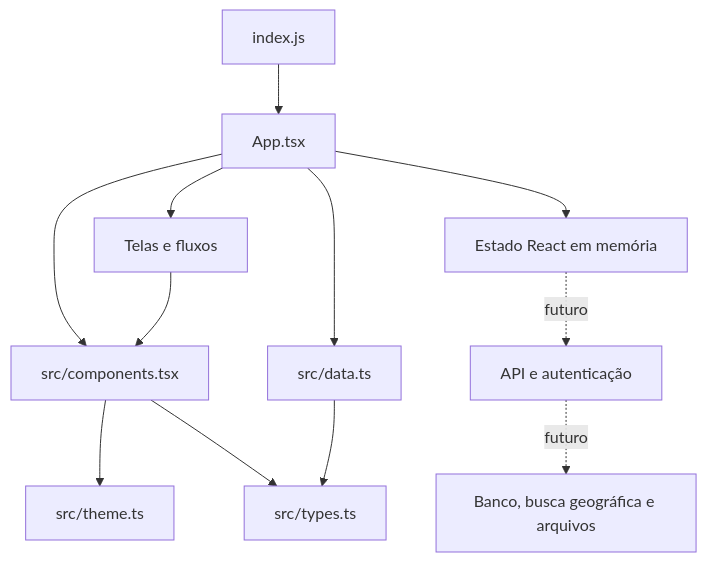
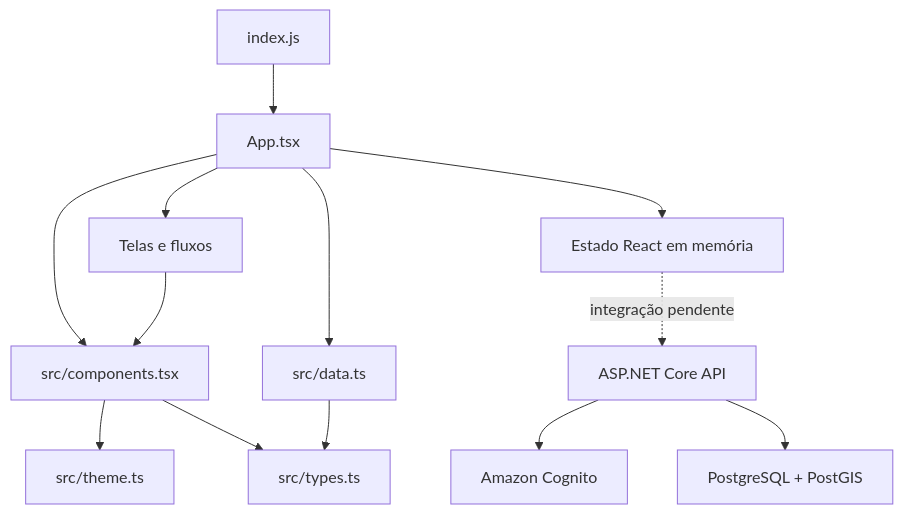
Before and after one commit to phmpilz/PCDestino: the diagram in documentation/ARCHITECTURE.md, drawn with Mermaid. The commit also changed other lines of this file and 80 other files, not shown here.

````diff
--- a/documentation/ARCHITECTURE.md
+++ b/documentation/ARCHITECTURE.md
@@ -7,14 +7,15 @@
 ```mermaid
 flowchart TD
     Entry[index.js] --> App[App.tsx]
     App --> Screens[Telas e fluxos]
     App --> Components[src/components.tsx]
     App --> Data[src/data.ts]
     Screens --> Components
     Components --> Theme[src/theme.ts]
     Components --> Types[src/types.ts]
     Data --> Types
     App --> Memory[Estado React em memória]
-    Memory -. futuro .-> API[API e autenticação]
-    API -. futuro .-> DB[Banco, busca geográfica e arquivos]
+    Memory -. integração pendente .-> API[ASP.NET Core API]
+    API --> Auth[Amazon Cognito]
+    API --> DB[PostgreSQL + PostGIS]
 ```
````
